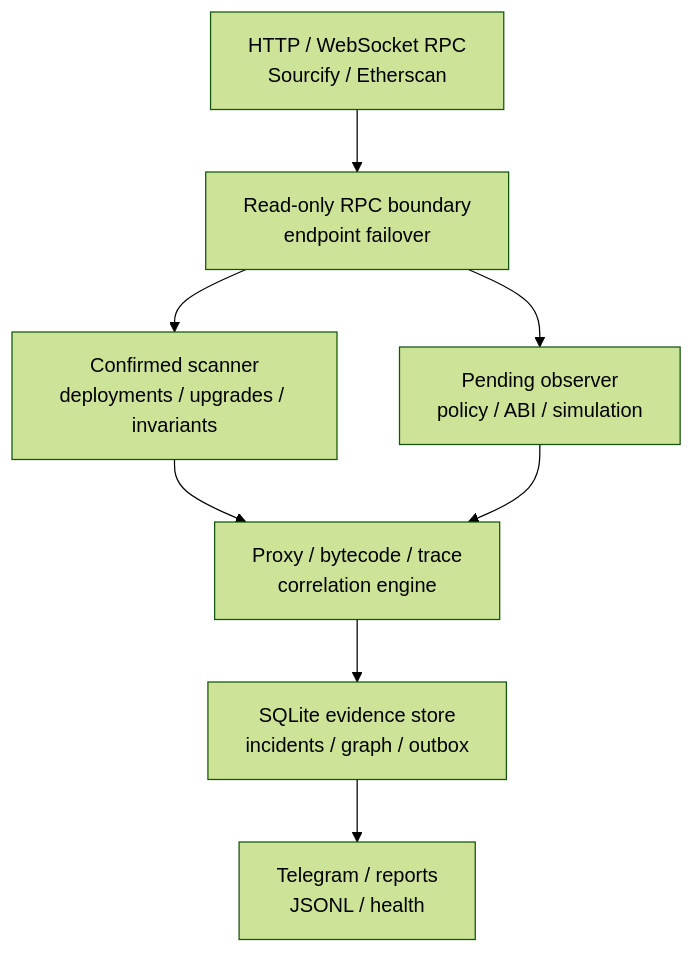
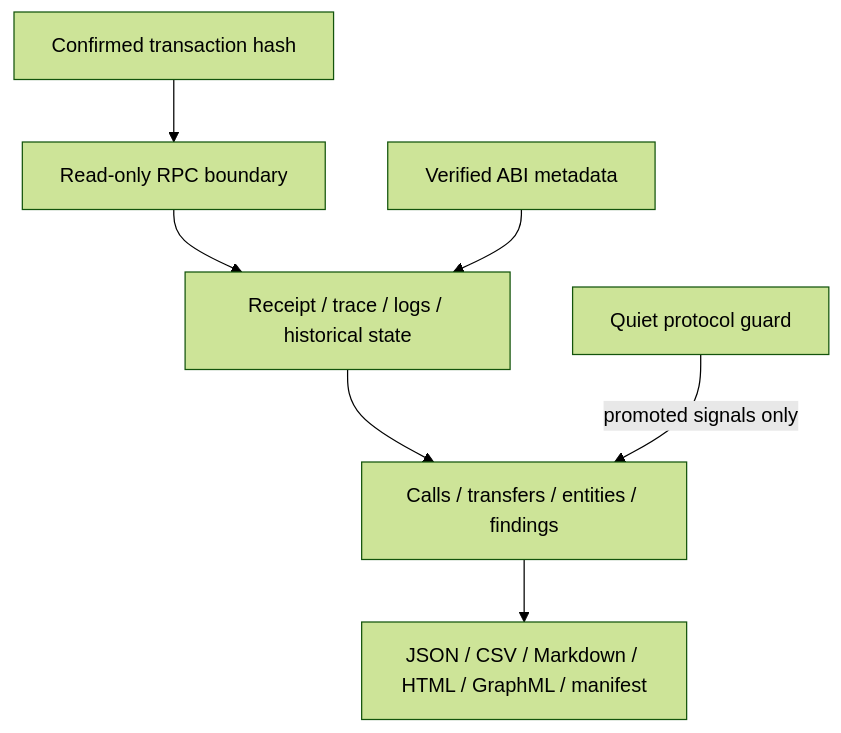
The diagram in README.md (VolodymyrStetsenko/White-Radar), drawn with Mermaid (forest theme) before and after one commit. The commit also changed other lines of this file and 27 other files, not shown here.

````diff
--- a/README.md
+++ b/README.md
@@ -28,10 +145,9 @@
 ```mermaid
 flowchart TD
-    Sources["HTTP / WebSocket RPC<br/>Sourcify / Etherscan"] --> Guard["Read-only RPC boundary<br/>endpoint failover"]
-    Guard --> Confirmed["Confirmed scanner<br/>deployments / upgrades / invariants"]
-    Guard --> Pending["Pending observer<br/>policy / ABI / simulation"]
-    Confirmed --> Analysis["Proxy / bytecode / trace<br/>correlation engine"]
-    Pending --> Analysis
-    Analysis --> Store["SQLite evidence store<br/>incidents / graph / outbox"]
-    Store --> Outputs["Telegram / reports<br/>JSONL / health"]
+    Input["Confirmed transaction hash"] --> RPC["Read-only RPC boundary"]
+    RPC --> Reconstruct["Receipt / trace / logs / historical state"]
+    Explorer["Verified ABI metadata"] --> Reconstruct
+    Reconstruct --> Case["Calls / transfers / entities / findings"]
+    Case --> Bundle["JSON / CSV / Markdown / HTML / GraphML / manifest"]
+    Guard["Quiet protocol guard"] -->|"promoted signals only"| Case
 ```
````
